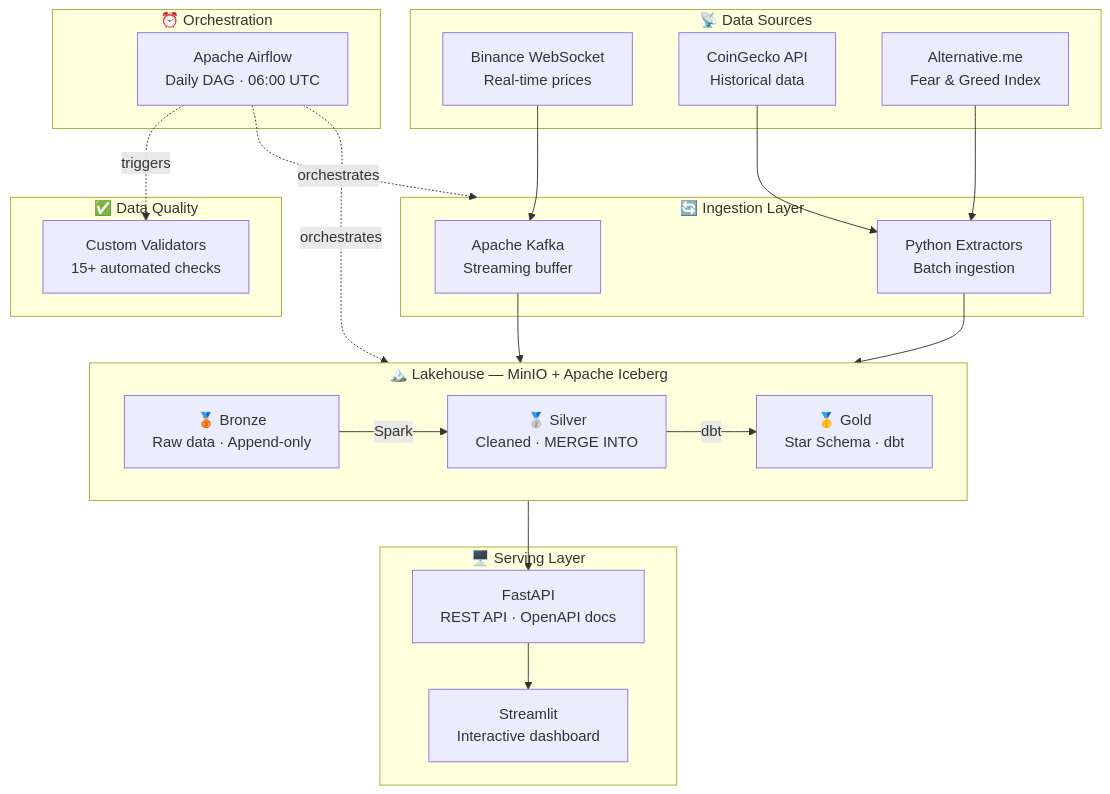
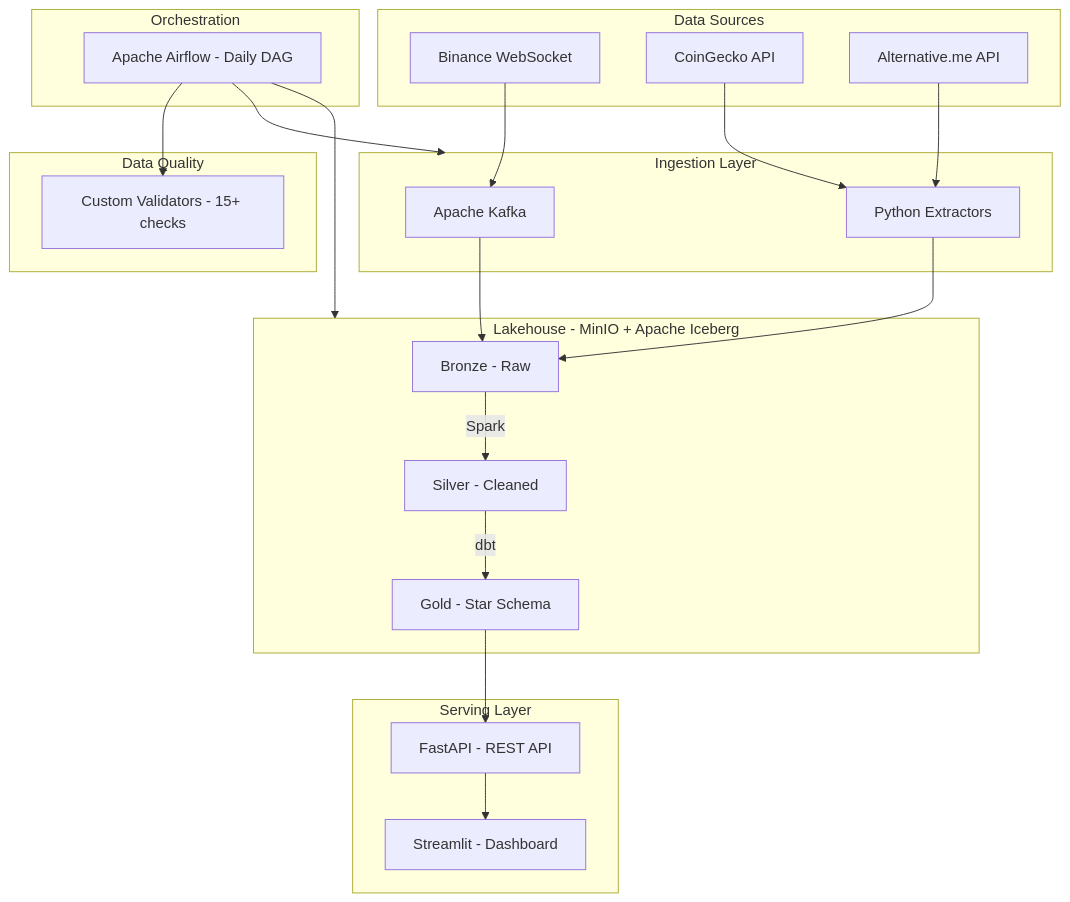
One commit to joseluis-m/cryptolake changed the diagram in README.md. Above: the diagram before and after it, drawn with Mermaid.

````diff
--- a/README.md
+++ b/README.md
@@ -22,43 +22,42 @@
 ```mermaid
 graph TB
-    subgraph Sources["📡 Data Sources"]
-        BN[Binance WebSocket<br/>Real-time prices]
-        CG[CoinGecko API<br/>Historical data]
-        FG[Alternative.me<br/>Fear & Greed Index]
+    subgraph Sources["Data Sources"]
+        BN["Binance WebSocket"]
+        CG["CoinGecko API"]
+        FG["Alternative.me API"]
     end
 
-    subgraph Ingestion["🔄 Ingestion Layer"]
-        KF[Apache Kafka<br/>Streaming buffer]
-        PY[Python Extractors<br/>Batch ingestion]
+    subgraph Ingestion["Ingestion Layer"]
+        KF["Apache Kafka"]
+        PY["Python Extractors"]
     end
 
-    subgraph Lakehouse["🏔️ Lakehouse — MinIO + Apache Iceberg"]
-        direction LR
-        BR["🥉 Bronze<br/>Raw data · Append-only"]
-        SL["🥈 Silver<br/>Cleaned · MERGE INTO"]
-        GL["🥇 Gold<br/>Star Schema · dbt"]
+    subgraph Lakehouse["Lakehouse - MinIO + Apache Iceberg"]
+        BR["Bronze - Raw"]
+        SL["Silver - Cleaned"]
+        GL["Gold - Star Schema"]
         BR -->|Spark| SL
         SL -->|dbt| GL
     end
 
-    subgraph Orchestration["⏰ Orchestration"]
-        AF[Apache Airflow<br/>Daily DAG · 06:00 UTC]
+    subgraph Orchestration["Orchestration"]
+        AF["Apache Airflow - Daily DAG"]
     end
 
-    subgraph Quality["✅ Data Quality"]
-        DQ[Custom Validators<br/>15+ automated checks]
+    subgraph Quality["Data Quality"]
+        DQ["Custom Validators - 15+ checks"]
     end
 
-    subgraph Serving["🖥️ Serving Layer"]
-        API[FastAPI<br/>REST API · OpenAPI docs]
-        ST[Streamlit<br/>Interactive dashboard]
+    subgraph Serving["Serving Layer"]
+        API["FastAPI - REST API"]
+        ST["Streamlit - Dashboard"]
     end
 
     BN --> KF --> BR
     CG --> PY --> BR
     FG --> PY
-    AF -.->|orchestrates| Ingestion
-    AF -.->|orchestrates| Lakehouse
-    AF -.->|triggers| DQ
+    AF --> Ingestion
+    AF --> Lakehouse
+    AF --> DQ
     GL --> API --> ST
 ```
````
